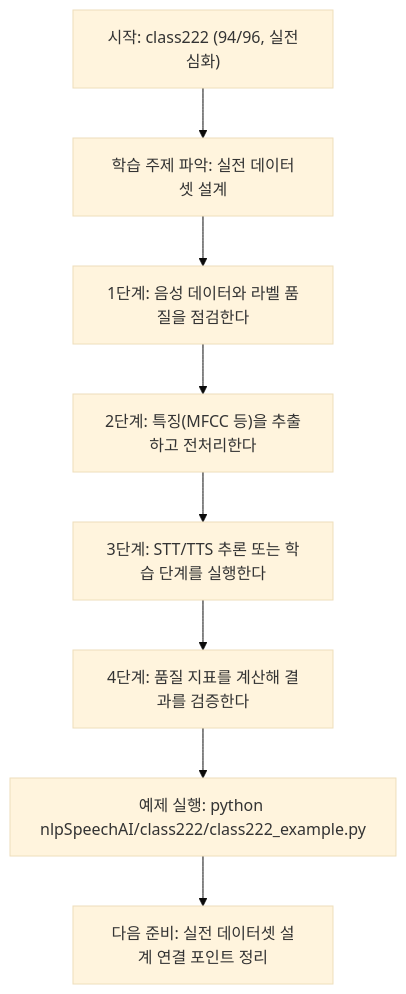
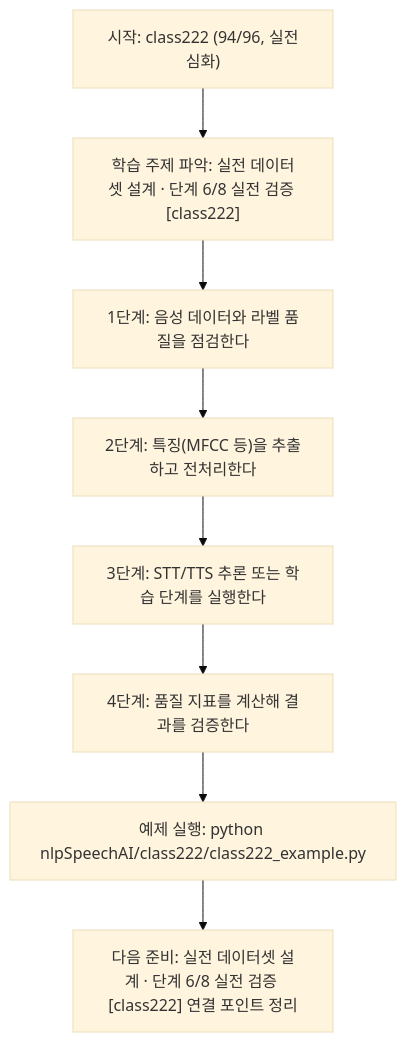
One commit to edumgt/Python-AI_Agent-Class changed the diagram in nlpSpeechAI/class222/class222.md. Above: the diagram before and after it, drawn with Mermaid (base theme). The commit also changed other lines of this file and 522 other files, not shown here.

````diff
--- a/nlpSpeechAI/class222/class222.md
+++ b/nlpSpeechAI/class222/class222.md
@@ -113,18 +114,18 @@
 ```mermaid
 flowchart TD
 N1["시작: class222 (94/96, 실전심화)"]
-N2["학습 주제 파악: 실전 데이터셋 설계"]
+N2["학습 주제 파악: 실전 데이터셋 설계 · 단계 6/8 실전 검증 [class222]"]
 N3["1단계: 음성 데이터와 라벨 품질을 점검한다"]
 N4["2단계: 특징(MFCC 등)을 추출하고 전처리한다"]
 N5["3단계: STT/TTS 추론 또는 학습 단계를 실행한다"]
 N6["4단계: 품질 지표를 계산해 결과를 검증한다"]
 N7["예제 실행: python nlpSpeechAI/class222/class222_example.py"]
-N8["다음 준비: 실전 데이터셋 설계 연결 포인트 정리"]
+N8["다음 준비: 실전 데이터셋 설계 · 단계 6/8 실전 검증 [class222] 연결 포인트 정리"]
 N1 --> N2
 N2 --> N3
 N3 --> N4
 N4 --> N5
 N5 --> N6
 N6 --> N7
 N7 --> N8
 ```
````
